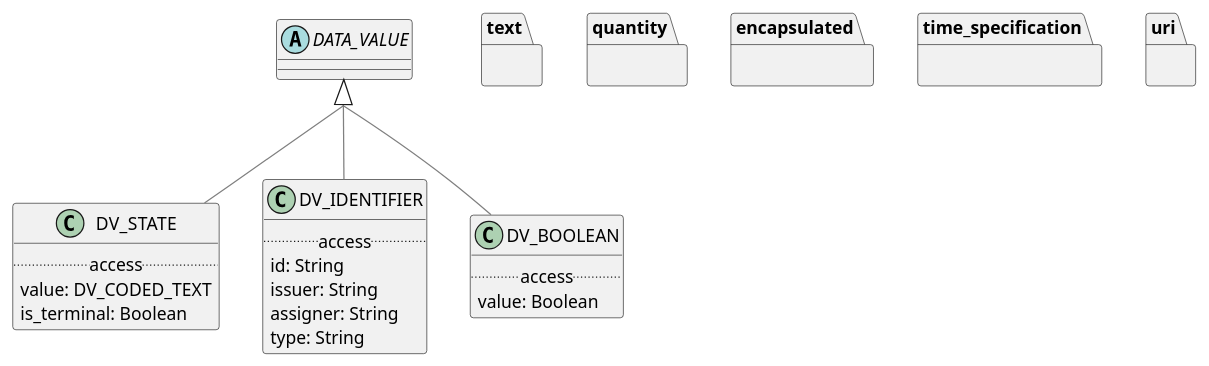
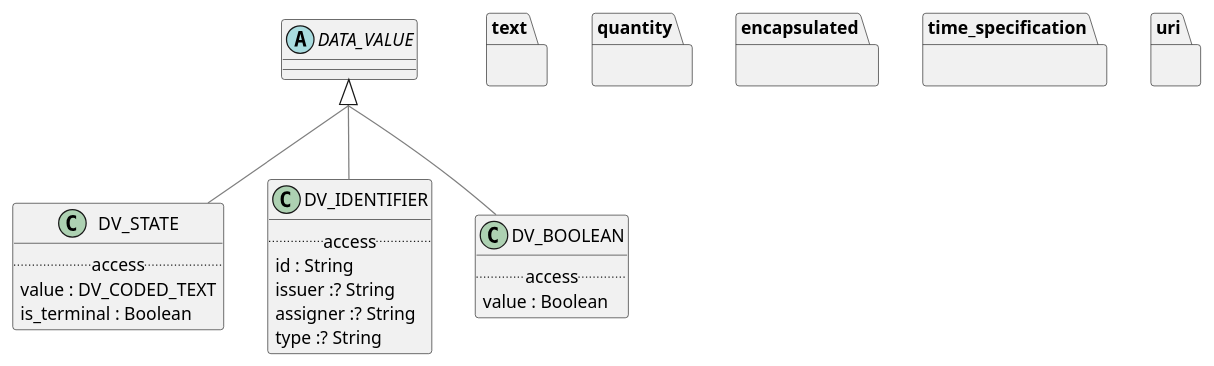
Before and after one commit to wolandscat/openehr-doc: the diagram in modules/ROOT/examples/bmm/representation/data_types/data_types-package-uml.adoc, drawn with PlantUML. The commit also changed 1814 other files, not shown here.

```diff
--- a/modules/ROOT/examples/bmm/representation/data_types/data_types-package-uml.adoc
+++ b/modules/ROOT/examples/bmm/representation/data_types/data_types-package-uml.adoc
@@ -3,54 +3,53 @@
 [plantuml,opts=interactive,link=self]
 ....
 skinparam groupInheritance 2
 skinparam citedClassColor #FDFDFD
 
 
 class DV_STATE [[/openehr-doc/latest/representation/data_types-gen.html#_class_dv_state]] {
         .. access ..
-        value: DV_CODED_TEXT
-        is_terminal: Boolean
+        value : DV_CODED_TEXT
+        is_terminal : Boolean
 }
 
 DV_STATE -[#gray]up-|> DATA_VALUE  
 
 
 class DV_IDENTIFIER [[/openehr-doc/latest/representation/data_types-gen.html#_class_dv_identifier]] {
         .. access ..
-        id: String
-        issuer: String
-        assigner: String
-        type: String
+        id : String
+        issuer :? String
+        assigner :? String
+        type :? String
 }
 
 DV_IDENTIFIER -[#gray]up-|> DATA_VALUE  
 
 
 class DV_BOOLEAN [[/openehr-doc/latest/representation/data_types-gen.html#_class_dv_boolean]] {
         .. access ..
-        value: Boolean
+        value : Boolean
 }
 
 DV_BOOLEAN -[#gray]up-|> DATA_VALUE  
 
 
 abstract class DATA_VALUE [[/openehr-doc/latest/representation/data_types-gen.html#_class_data_value]] {
 }
-
 
 package text {
 }
 
 package quantity {
 }
 
 package encapsulated {
 }
 
 package time_specification {
 }
 
 package uri {
 }
 
 ....
```
